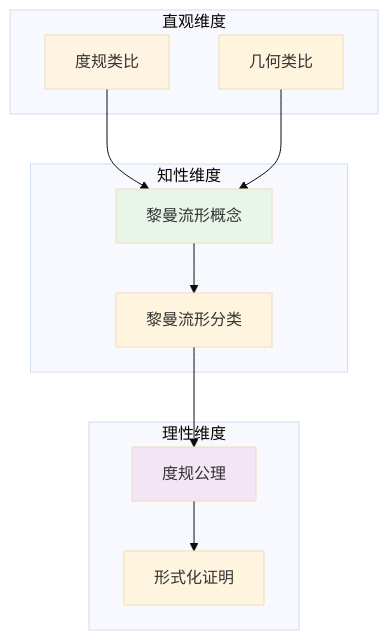
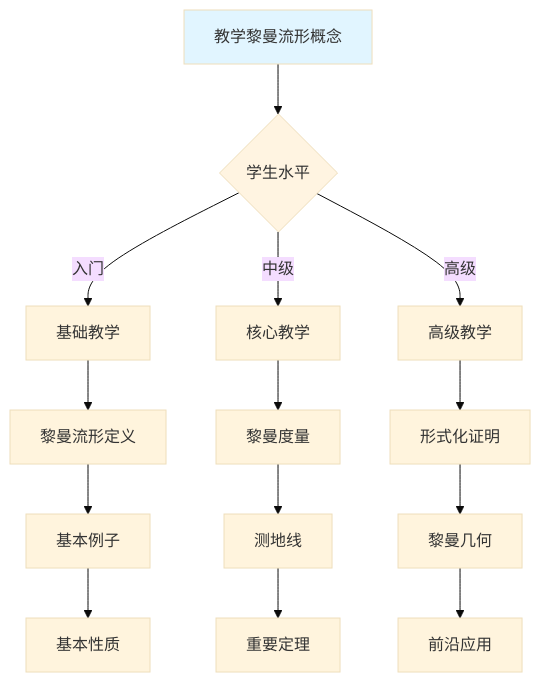
One commit to AdaMartin18010/FormalMath changed diagram 11 of 11 in concept/核心概念/19-黎曼流形.md. Above: the diagram before and after it, drawn with Mermaid (base theme). The commit also changed other lines of this file and 4793 other files, not shown here.

````diff
--- a/concept/核心概念/19-黎曼流形.md
+++ b/concept/核心概念/19-黎曼流形.md
@@ -757,27 +2494,22 @@
 ```mermaid
-graph TB
-    subgraph 直观维度
-        A1[度规类比]
-        A2[几何类比]
-    end
+graph TD
+    A[教学黎曼流形概念] --> B{学生水平}
+    B -->|入门| C[基础教学]
+    B -->|中级| D[核心教学]
+    B -->|高级| E[高级教学]
 
-    subgraph 知性维度
-        B1[黎曼流形概念]
-        B2[黎曼流形分类]
-    end
+    C --> C1[黎曼流形定义]
+    C1 --> C2[基本例子]
+    C2 --> C3[基本性质]
 
-    subgraph 理性维度
-        C1[度规公理]
-        C2[形式化证明]
-    end
+    D --> D1[黎曼度量]
+    D1 --> D2[测地线]
+    D2 --> D3[重要定理]
 
-    A1 --> B1
-    A2 --> B1
-    B1 --> B2
-    B2 --> C1
-    C1 --> C2
+    E --> E1[形式化证明]
+    E1 --> E2[黎曼几何]
+    E2 --> E3[前沿应用]
 
-    style A1 fill:#fff4e1
-    style B1 fill:#e8f5e9
-    style C1 fill:#f3e5f5
+    style A fill:#e1f5ff
+    style B fill:#fff4e1
 ```
````
